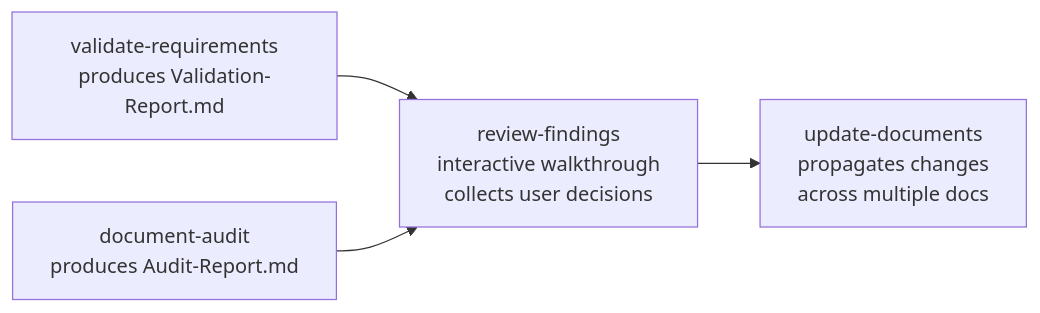
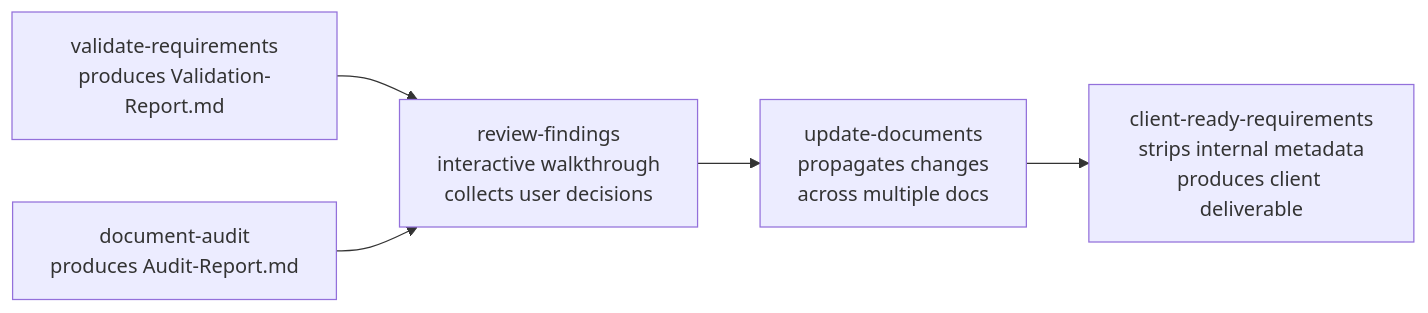
Before and after one commit to rushikeshpol02/ai-skills: the third of 4 diagrams in docs/workflow-guide.md, drawn with Mermaid. The commit also changed other lines of this file and 18 other files, not shown here.

First line of the commit message:
Remove internal skills from repo; move client-ready to post-pipeline

````diff
--- a/docs/workflow-guide.md
+++ b/docs/workflow-guide.md
@@ -124,11 +123,13 @@
 ```mermaid
 flowchart LR
     VR[validate-requirements\nproduces Validation-Report.md]
     DA[document-audit\nproduces Audit-Report.md]
     RF[review-findings\ninteractive walkthrough\ncollects user decisions]
     UD[update-documents\npropagates changes\nacross multiple docs]
+    CRR[client-ready-requirements\nstrips internal metadata\nproduces client deliverable]
 
     VR --> RF
     DA --> RF
     RF --> UD
+    UD --> CRR
 ```
````
